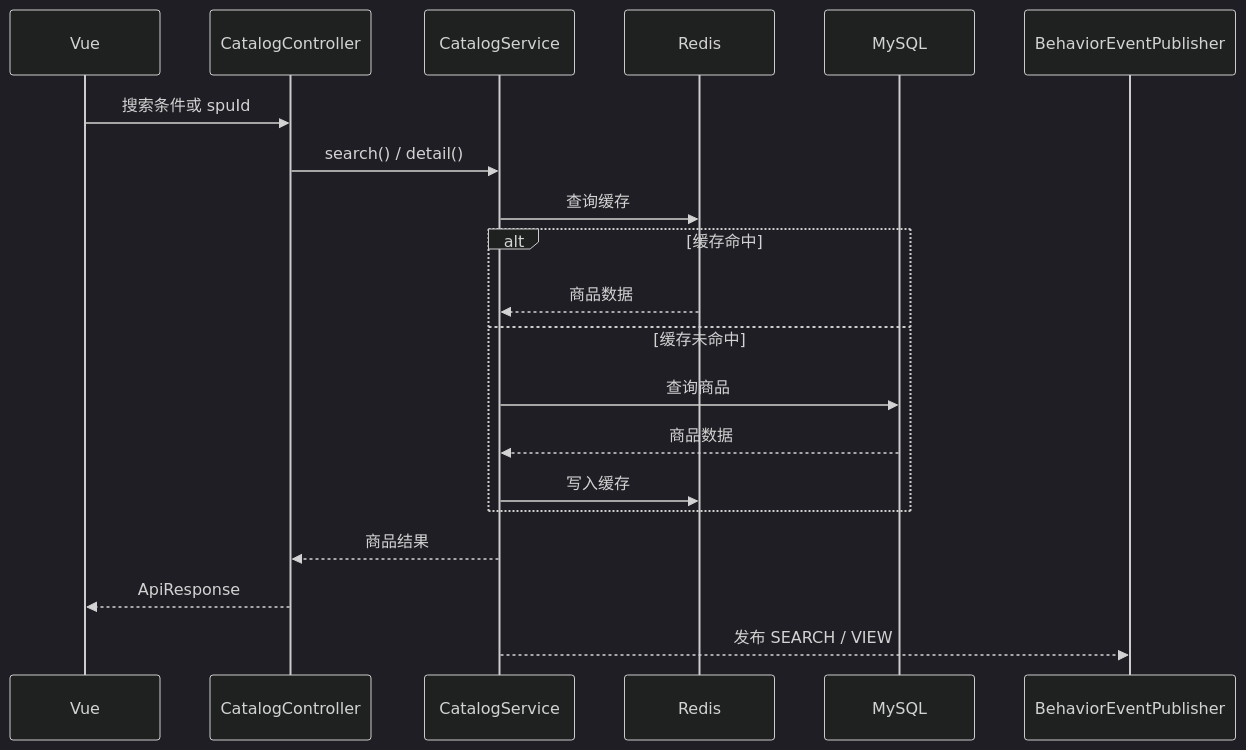
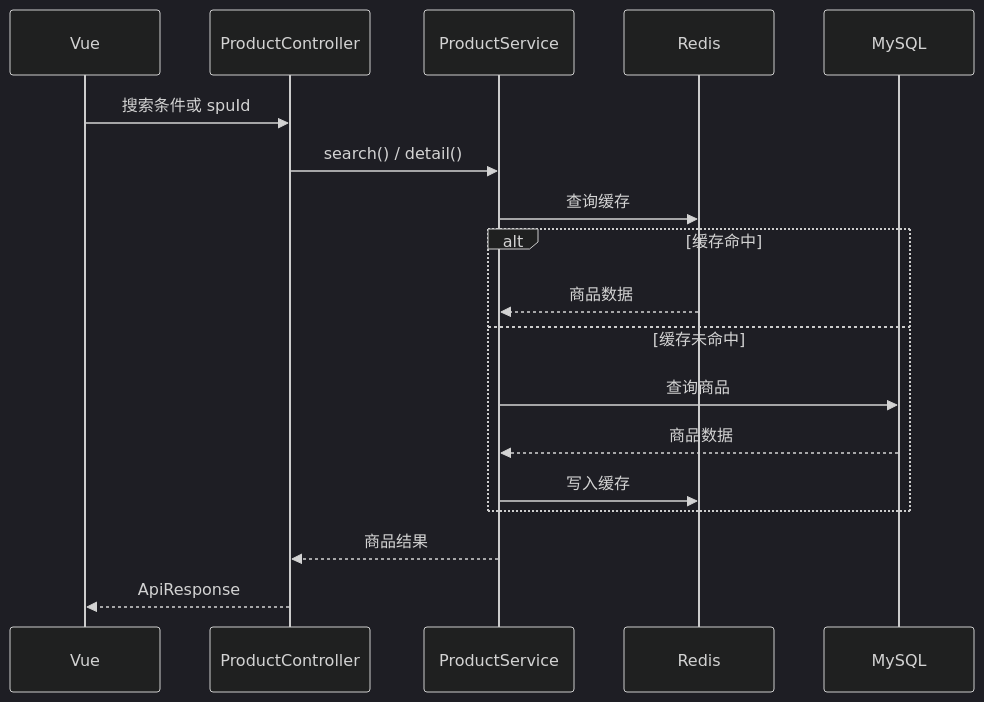
One commit to XMU-Linjer/persona-flow-commerce changed the eighth of 15 diagrams in docs/v1.0-architecture.md. Above: the diagram before and after it, drawn with Mermaid (dark theme). The commit also changed other lines of this file and 2 other files, not shown here.

````diff
--- a/docs/v1.0-architecture.md
+++ b/docs/v1.0-architecture.md
@@ -771,23 +769,21 @@
 ```mermaid
 sequenceDiagram
     participant Web as Vue
-    participant Catalog as CatalogController
-    participant Service as CatalogService
+    participant Catalog as ProductController
+    participant Service as ProductService
     participant Redis as Redis
     participant DB as MySQL
-    participant Event as BehaviorEventPublisher
 
     Web->>Catalog: 搜索条件或 spuId
     Catalog->>Service: search() / detail()
     Service->>Redis: 查询缓存
     alt 缓存命中
         Redis-->>Service: 商品数据
     else 缓存未命中
         Service->>DB: 查询商品
         DB-->>Service: 商品数据
         Service->>Redis: 写入缓存
     end
     Service-->>Catalog: 商品结果
     Catalog-->>Web: ApiResponse
-    Service-->>Event: 发布 SEARCH / VIEW
 ```
````
